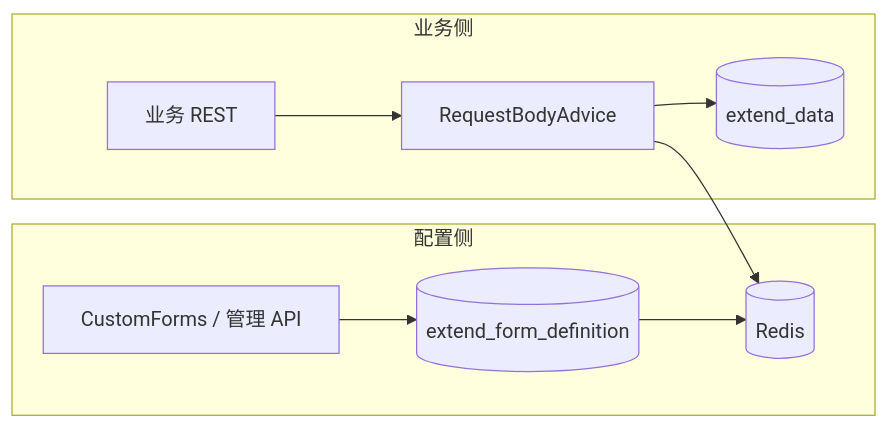
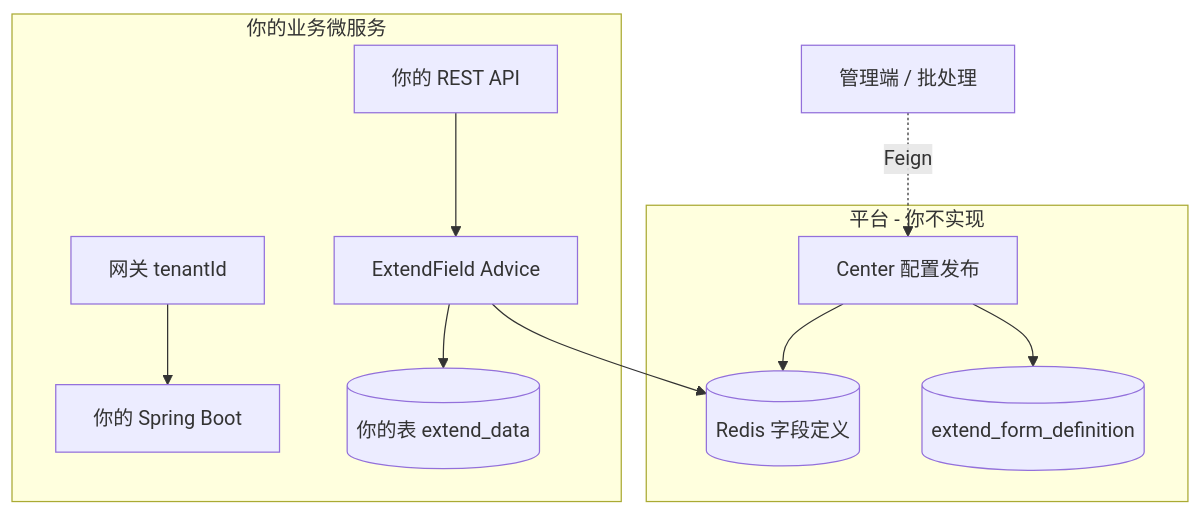
The diagram in docs/动态字段使用方案.md (numen06/JBM), drawn with Mermaid before and after one commit. The commit also changed other lines of this file and 16 other files, not shown here.

````diff
--- a/docs/动态字段使用方案.md
+++ b/docs/动态字段使用方案.md
@@ -26,14 +11,23 @@
 ```mermaid
-flowchart LR
-  subgraph pub [配置侧]
-    CF[CustomForms / 管理 API]
+flowchart TB
+  subgraph platform [平台 - 你不实现]
+    Center[Center 配置发布]
     DB[(extend_form_definition)]
-    CF --> DB --> Redis[(Redis)]
+    Center --> DB
+    Center --> Redis[(Redis 字段定义)]
   end
-  subgraph run [业务侧]
-    API[业务 REST]
-    Advice[RequestBodyAdvice]
-    API --> Advice --> Redis
-    Advice --> TBL[(extend_data)]
+
+  subgraph yours [你的业务微服务]
+    GW[网关 tenantId]
+    App[你的 Spring Boot]
+    Advice[ExtendField Advice]
+    API[你的 REST API]
+    TBL[(你的表 extend_data)]
+    GW --> App
+    API --> Advice
+    Advice --> Redis
+    Advice --> TBL
   end
+
+  Admin[管理端 / 批处理] -.Feign.-> Center
 ```
````
